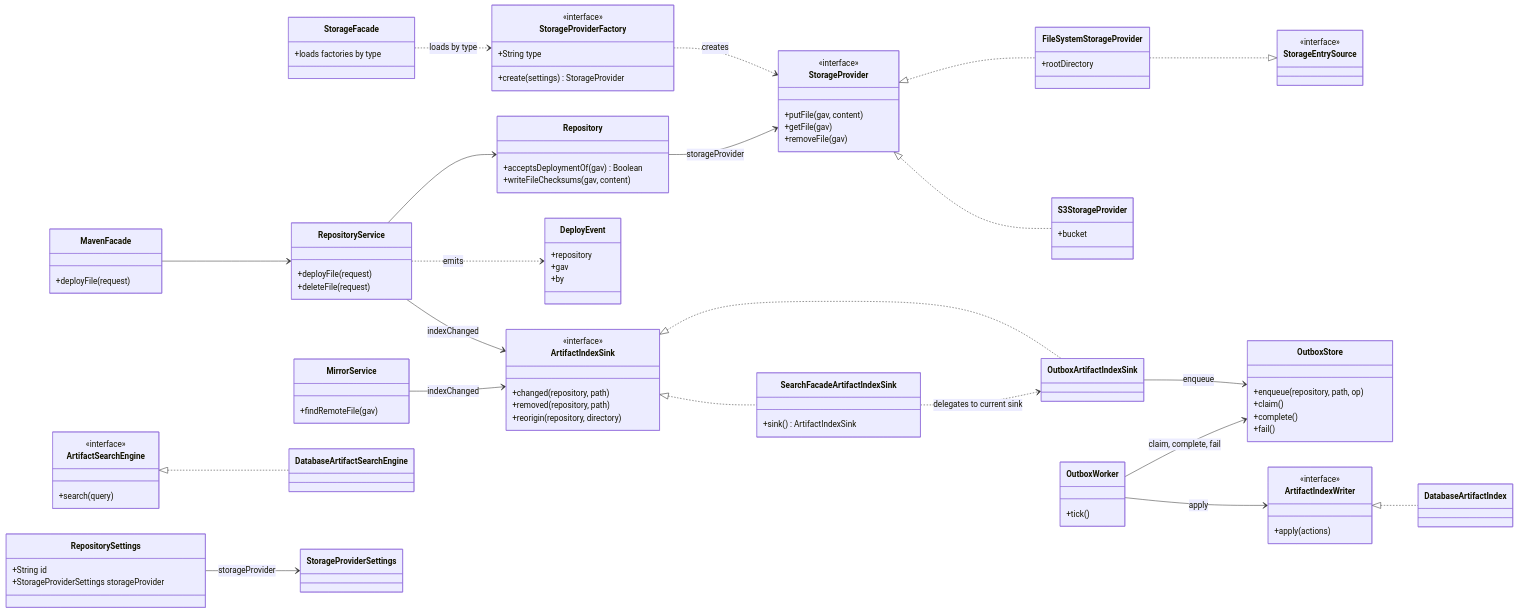
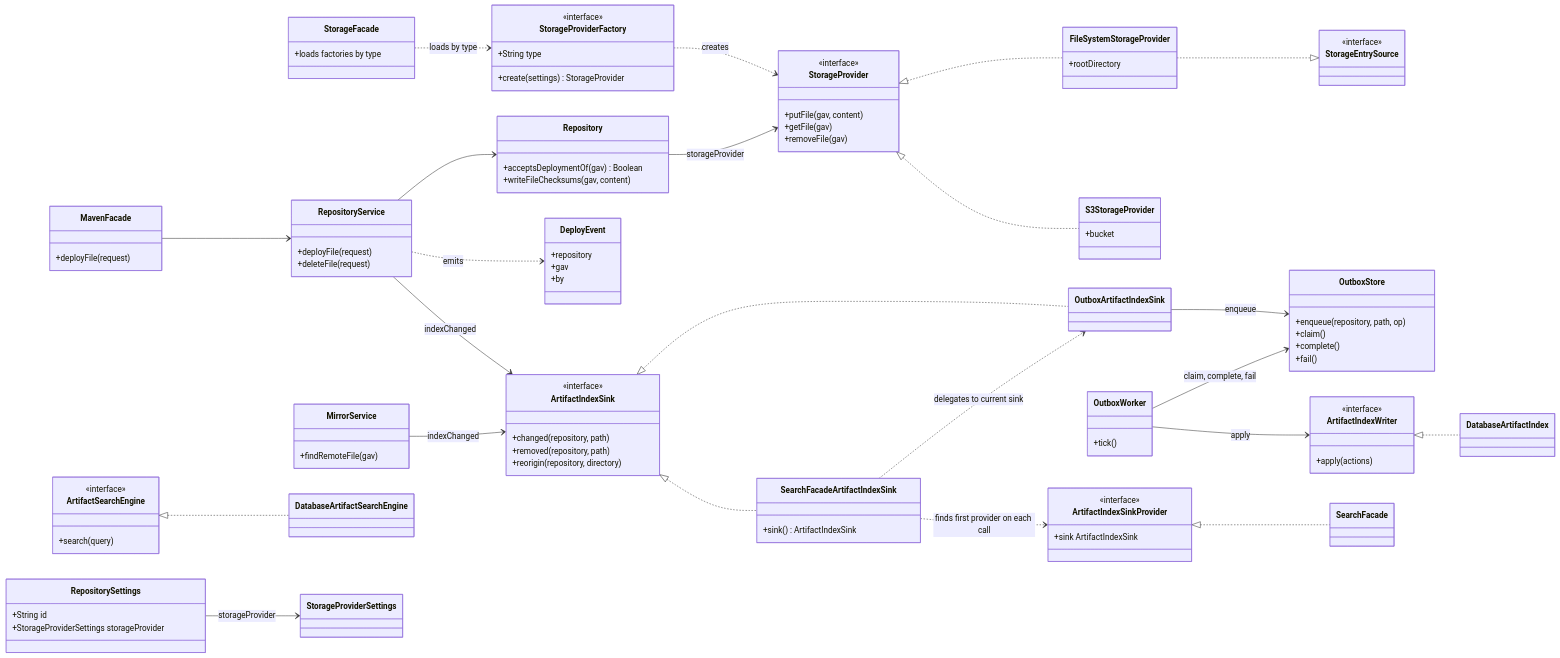
Before and after one commit to OneLiteFeatherNET/ingot: the fifth of 6 diagrams in docs/gitbook/explanation/backend-architecture.md, drawn with Mermaid. The commit also changed other lines of this file and 2 other files, not shown here.

First line of the commit message:
docs(maven): describe the repository registry and the sink package

```diff
--- a/docs/gitbook/explanation/backend-architecture.md
+++ b/docs/gitbook/explanation/backend-architecture.md
@@ -388,6 +390,10 @@
     +removed(repository, path)
     +reorigin(repository, directory)
   }
+  class ArtifactIndexSinkProvider {
+    <<interface>>
+    +sink ArtifactIndexSink
+  }
   class SearchFacadeArtifactIndexSink {
     +sink() ArtifactIndexSink
   }
@@ -425,6 +431,8 @@
   FileSystemStorageProvider ..|> StorageEntrySource
   ArtifactIndexSink <|.. SearchFacadeArtifactIndexSink
   ArtifactIndexSink <|.. OutboxArtifactIndexSink
+  ArtifactIndexSinkProvider <|.. SearchFacade
+  SearchFacadeArtifactIndexSink ..> ArtifactIndexSinkProvider : finds first provider on each call
   SearchFacadeArtifactIndexSink ..> OutboxArtifactIndexSink : delegates to current sink
   OutboxArtifactIndexSink --> OutboxStore : enqueue
   OutboxWorker --> OutboxStore : claim, complete, fail
```
